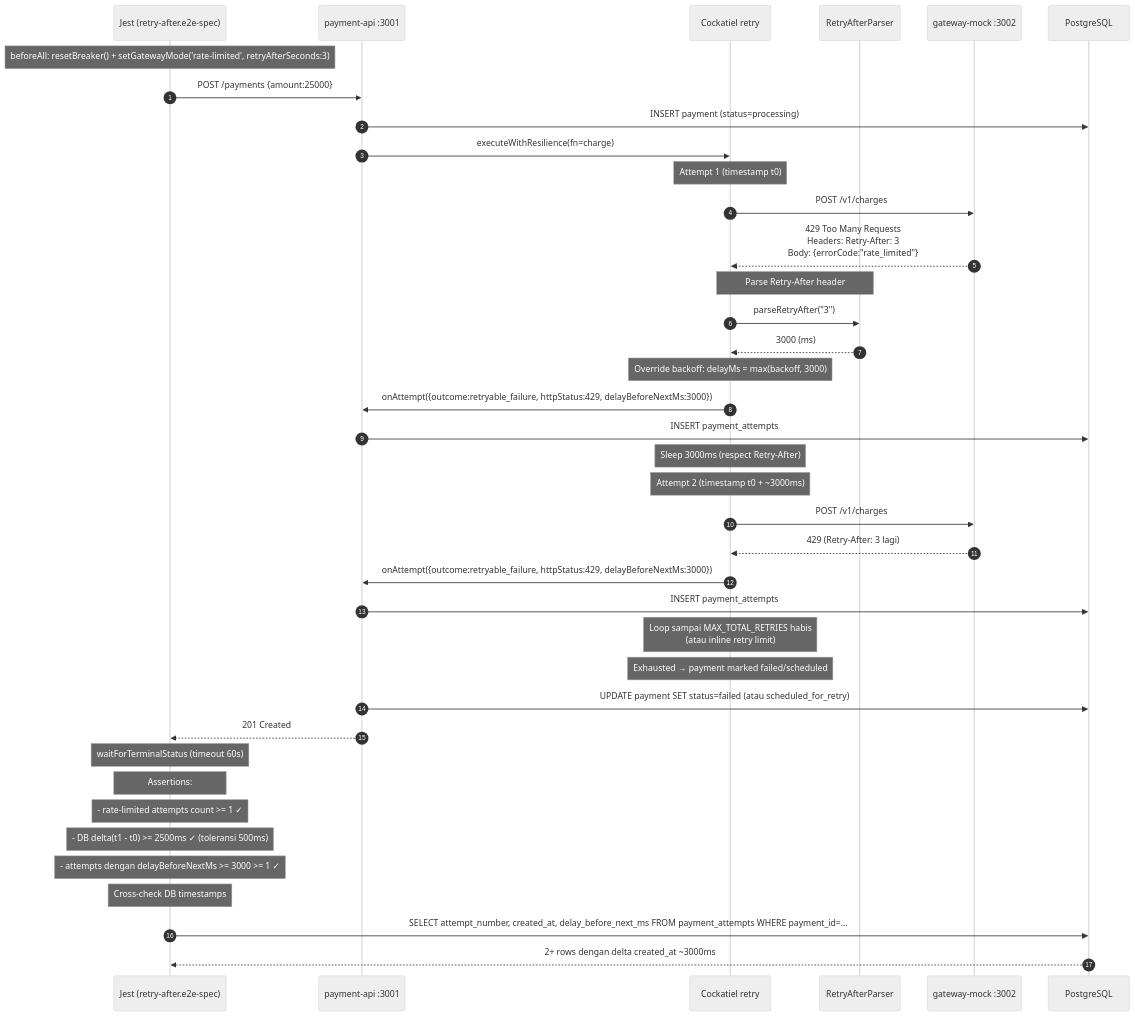
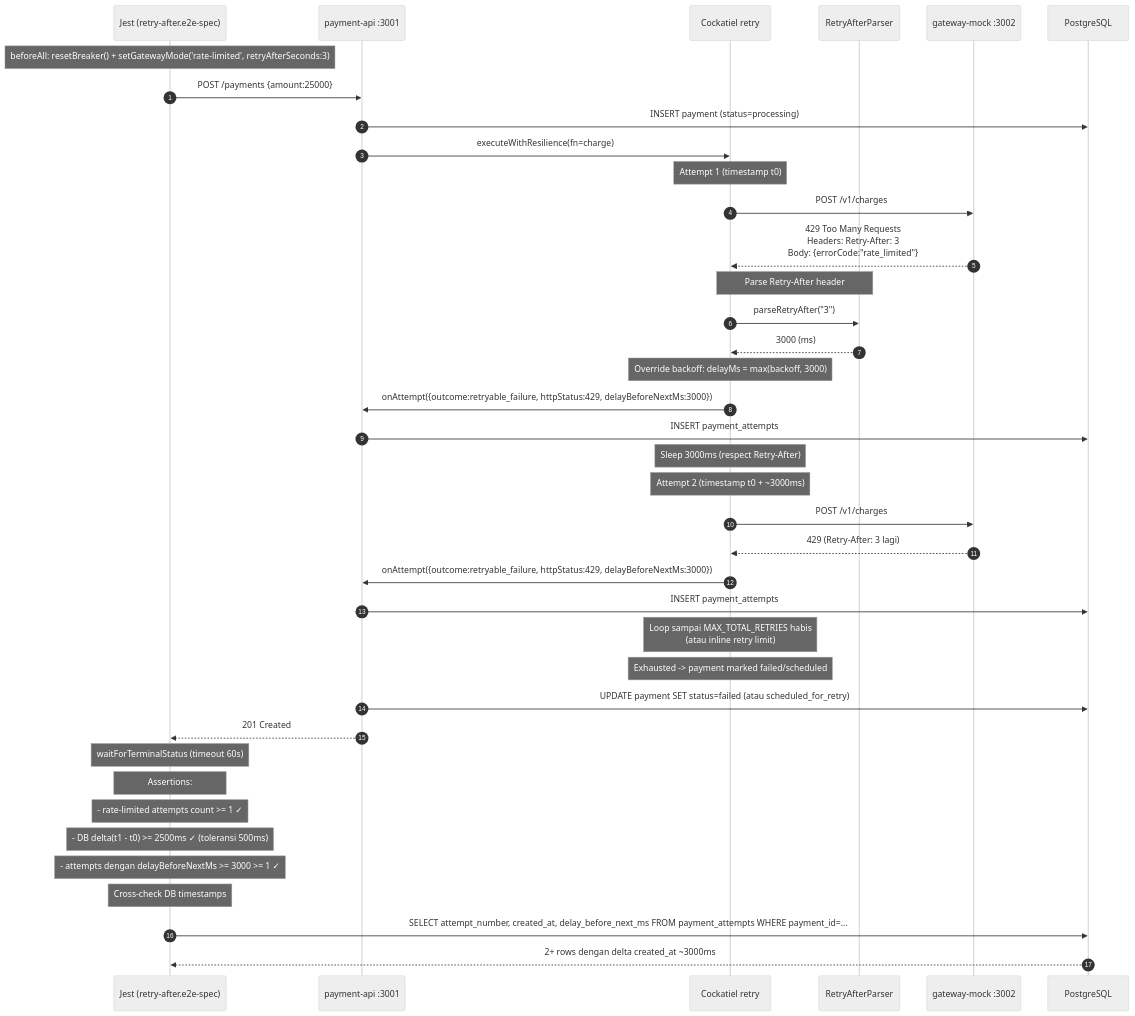
Before and after one commit to niagagondola-hash/retry-failure: the diagram in docs/tasks/TASK-14a-retry-after.md, drawn with Mermaid (neutral theme). The commit also changed other lines of this file and 62 other files, not shown here.

````diff
--- a/docs/tasks/TASK-14a-retry-after.md
+++ b/docs/tasks/TASK-14a-retry-after.md
@@ -41,53 +41,53 @@
 ```mermaid
 sequenceDiagram
     autonumber
     participant T as Jest (retry-after.e2e-spec)
     participant API as payment-api :3001
     participant RB as Cockatiel retry
     participant CLS as RetryAfterParser
     participant GW as gateway-mock :3002
     participant DB as PostgreSQL
 
     Note over T: beforeAll: resetBreaker() + setGatewayMode('rate-limited', retryAfterSeconds:3)
 
     T->>API: POST /payments {amount:25000}
     API->>DB: INSERT payment (status=processing)
     API->>RB: executeWithResilience(fn=charge)
 
     Note over RB: Attempt 1 (timestamp t0)
     RB->>GW: POST /v1/charges
     GW-->>RB: 429 Too Many Requests<br/>Headers: Retry-After: 3<br/>Body: {errorCode:"rate_limited"}
 
     Note over RB,CLS: Parse Retry-After header
     RB->>CLS: parseRetryAfter("3")
     CLS-->>RB: 3000 (ms)
 
     Note over RB: Override backoff: delayMs = max(backoff, 3000)
     RB->>API: onAttempt({outcome:retryable_failure, httpStatus:429, delayBeforeNextMs:3000})
     API->>DB: INSERT payment_attempts #1 (created_at=t0, delay_before_next_ms=3000)
 
     Note over RB: Sleep 3000ms (respect Retry-After)
 
     Note over RB: Attempt 2 (timestamp t0 + ~3000ms)
     RB->>GW: POST /v1/charges
     GW-->>RB: 429 (Retry-After: 3 lagi)
     RB->>API: onAttempt({outcome:retryable_failure, httpStatus:429, delayBeforeNextMs:3000})
     API->>DB: INSERT payment_attempts #2 (created_at=t0+3000, delay_before_next_ms=3000)
 
     Note over RB: Loop sampai MAX_TOTAL_RETRIES habis<br/>(atau inline retry limit)
 
-    Note over RB: Exhausted → payment marked failed/scheduled
+    Note over RB: Exhausted -> payment marked failed/scheduled
     API->>DB: UPDATE payment SET status=failed (atau scheduled_for_retry)
     API-->>T: 201 Created
 
     Note over T: waitForTerminalStatus (timeout 60s)
 
     Note over T: Assertions:
     Note over T: - rate-limited attempts count >= 1 ✓
     Note over T: - DB delta(t1 - t0) >= 2500ms ✓ (toleransi 500ms)
     Note over T: - attempts dengan delayBeforeNextMs >= 3000 >= 1 ✓
 
     Note over T: Cross-check DB timestamps
     T->>DB: SELECT attempt_number, created_at, delay_before_next_ms FROM payment_attempts WHERE payment_id=...
     DB-->>T: 2+ rows dengan delta created_at ~3000ms
 ```
````
